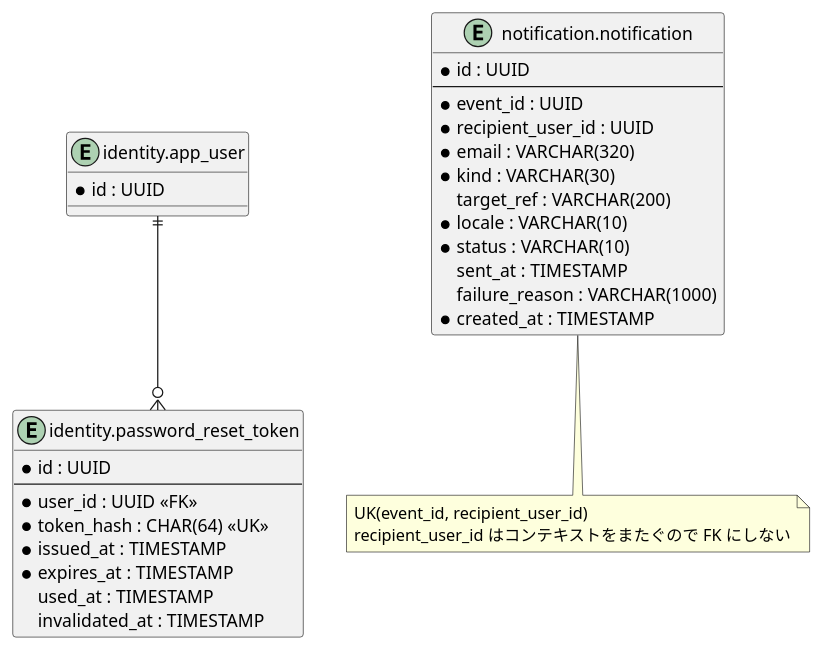
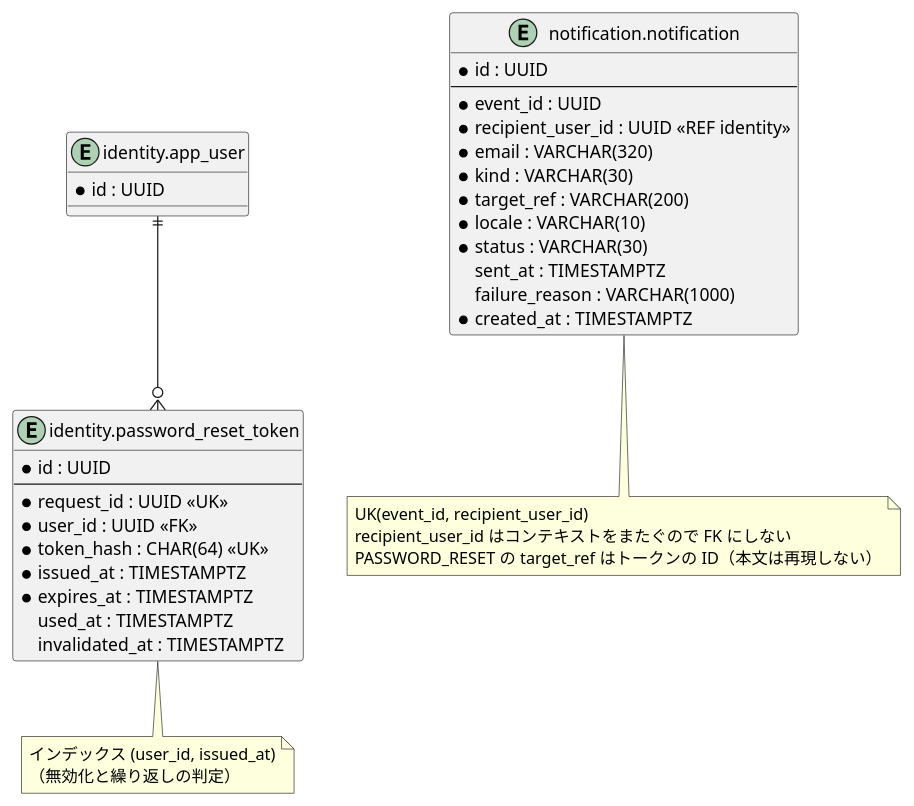
Before and after one commit to k2works/practical-domain-driven-design-in-enterpris-application: the fourth of 5 diagrams in docs/development/cargo-tracker/bolt_33_plan.md, drawn with PlantUML. The commit also changed other lines of this file and 2 other files, not shown here.

````diff
--- a/docs/development/cargo-tracker/bolt_33_plan.md
+++ b/docs/development/cargo-tracker/bolt_33_plan.md
@@ -162,33 +191,35 @@
 ```plantuml
 @startuml
 entity "identity.app_user" as user {
   * id : UUID
 }
 entity "identity.password_reset_token" as token {
   * id : UUID
   --
+  * request_id : UUID <<UK>>
   * user_id : UUID <<FK>>
   * token_hash : CHAR(64) <<UK>>
-  * issued_at : TIMESTAMP
-  * expires_at : TIMESTAMP
-  used_at : TIMESTAMP
-  invalidated_at : TIMESTAMP
+  * issued_at : TIMESTAMPTZ
+  * expires_at : TIMESTAMPTZ
+  used_at : TIMESTAMPTZ
+  invalidated_at : TIMESTAMPTZ
 }
 entity "notification.notification" as n {
   * id : UUID
   --
   * event_id : UUID
-  * recipient_user_id : UUID
+  * recipient_user_id : UUID <<REF identity>>
   * email : VARCHAR(320)
   * kind : VARCHAR(30)
-  target_ref : VARCHAR(200)
+  * target_ref : VARCHAR(200)
   * locale : VARCHAR(10)
-  * status : VARCHAR(10)
-  sent_at : TIMESTAMP
+  * status : VARCHAR(30)
+  sent_at : TIMESTAMPTZ
   failure_reason : VARCHAR(1000)
-  * created_at : TIMESTAMP
+  * created_at : TIMESTAMPTZ
 }
 user ||--o{ token
-note bottom of n : UK(event_id, recipient_user_id)\nrecipient_user_id はコンテキストをまたぐので FK にしない
+note bottom of n : UK(event_id, recipient_user_id)\nrecipient_user_id はコンテキストをまたぐので FK にしない\nPASSWORD_RESET の target_ref はトークンの ID（本文は再現しない）
+note bottom of token : インデックス (user_id, issued_at)\n（無効化と繰り返しの判定）
 @enduml
 ```
````
